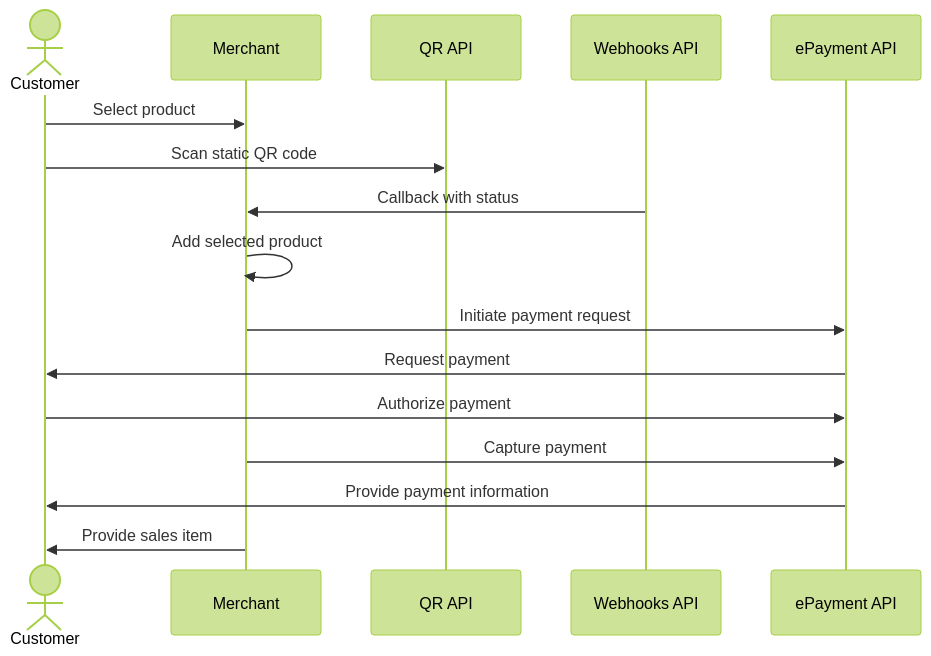
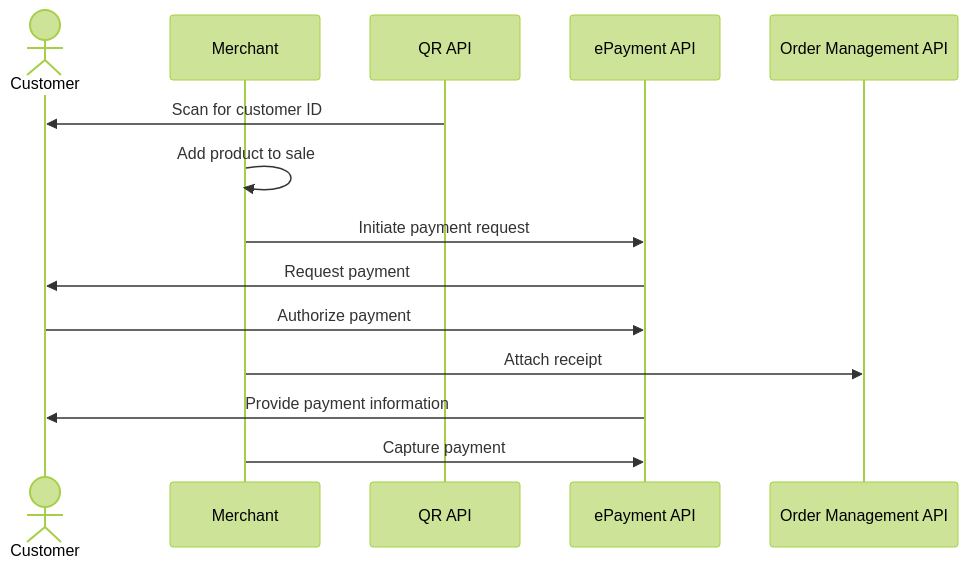
The diagram in vending-machines/qr-to-merchant-site-payment-only.md (vippsas/vipps-solutions), drawn with Mermaid (forest theme) before and after one commit. The commit also changed 10 other files, not shown here.

Commit message:
Align and simplify all sequence diagrams

````diff
--- a/vending-machines/qr-to-merchant-site-payment-only.md
+++ b/vending-machines/qr-to-merchant-site-payment-only.md
@@ -54,19 +54,17 @@
 ``` mermaid
 sequenceDiagram
     actor C as Customer
     participant M as Merchant
     participant QR as QR API
-    participant Webhooks as Webhooks API
     participant ePayment as ePayment API
+    participant ordermanagement as Order Management API
     
-    C->>M: Select product
-    C->>QR: Scan static QR code
-    Webhooks->>M: Callback with status
-    M->>M: Add selected product
+    QR->>C: Scan for customer ID
+    M->>M: Add product to sale
     M->>ePayment: Initiate payment request
     ePayment->>C: Request payment
     C->>ePayment: Authorize payment
+    M->> ordermanagement: Attach receipt
+    ePayment->>C: Provide payment information
     M->>ePayment: Capture payment
-    ePayment->>C: Provide payment information
-    M->>C: Provide sales item
 ```
````
